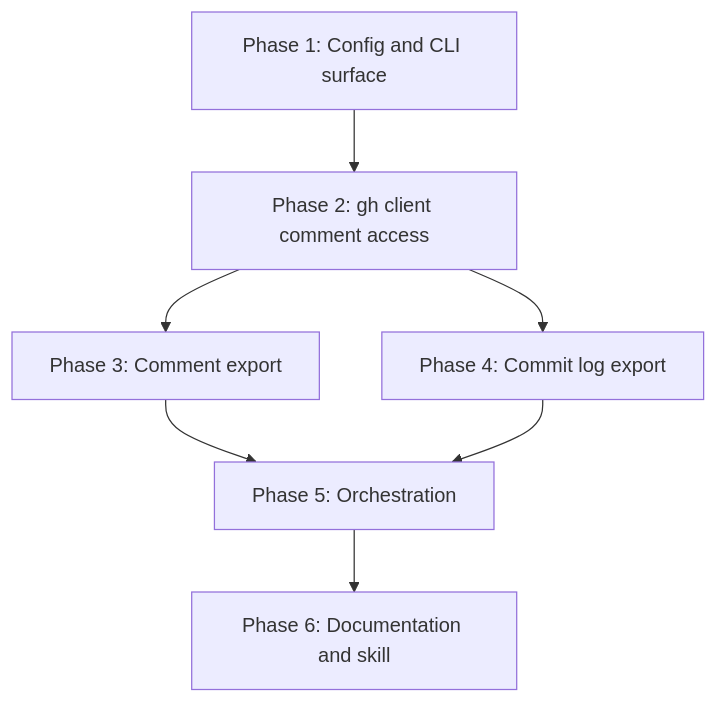
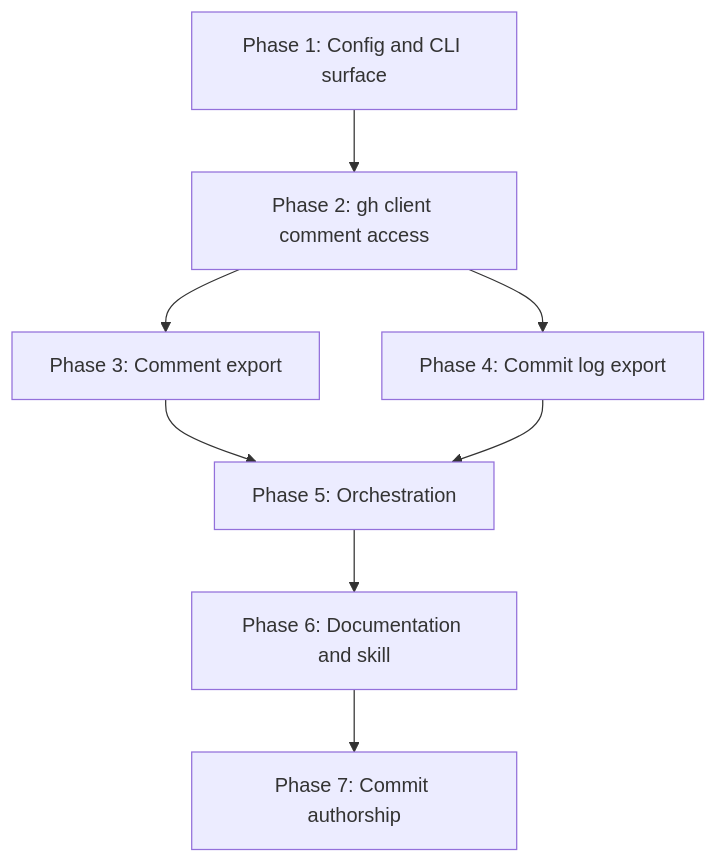
Before and after one commit to s2005/prinfo: the second of 2 diagrams in docs/tasks/comments-commit-log/implementation_plan.md, drawn with Mermaid. The commit also changed other lines of this file and 8 other files, not shown here.

First line of the commit message:
feat(gh): record commit authorship on every commit export

````diff
--- a/docs/tasks/comments-commit-log/implementation_plan.md
+++ b/docs/tasks/comments-commit-log/implementation_plan.md
@@ -194,9 +220,10 @@
 ```mermaid
 flowchart TB
     P1["Phase 1: Config and CLI surface"] --> P2["Phase 2: gh client comment access"]
     P2 --> P3["Phase 3: Comment export"]
     P2 --> P4["Phase 4: Commit log export"]
     P3 --> P5["Phase 5: Orchestration"]
     P4 --> P5
     P5 --> P6["Phase 6: Documentation and skill"]
+    P6 --> P7["Phase 7: Commit authorship"]
 ```
````
